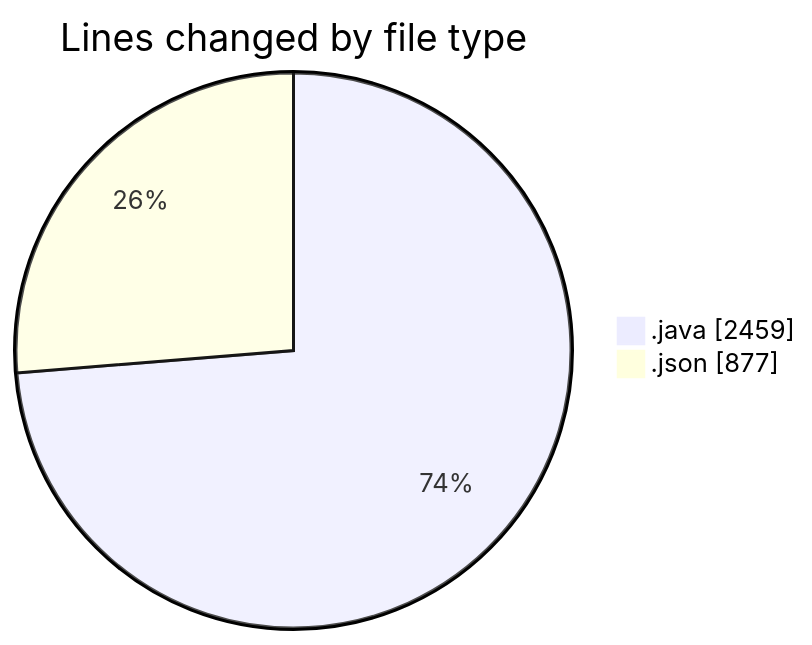
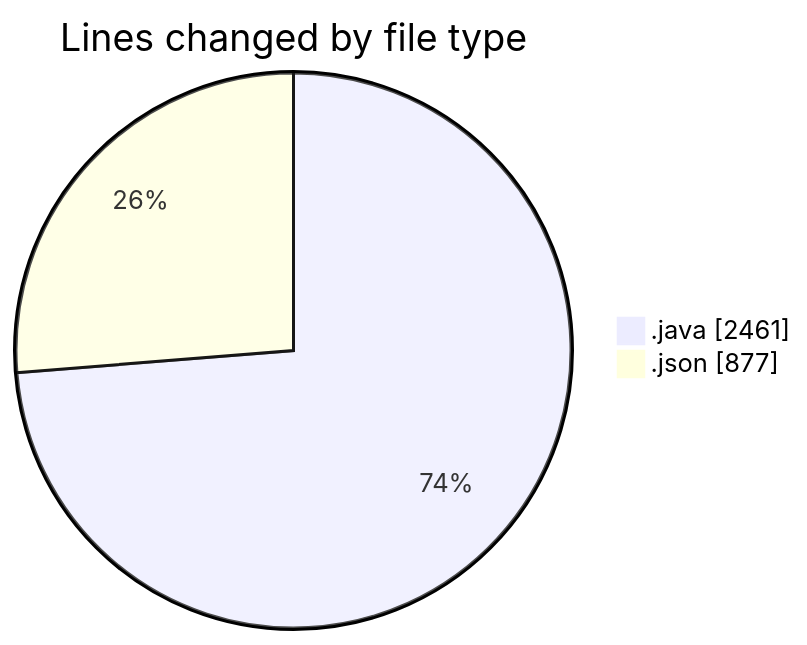
The first of 2 diagrams in 2026-03-26/cilapp/README.md (ricardozamudiocil/code-tracking), drawn with Mermaid before and after one commit. The commit also changed other lines of this file and 1 other file, not shown here.

````diff
--- a/2026-03-26/cilapp/README.md
+++ b/2026-03-26/cilapp/README.md
@@ -25,6 +25,6 @@
 ```mermaid
 pie showData
 title Lines changed by file type
-".java" : 2459
+".java" : 2461
 ".json" : 877
 ```
````
